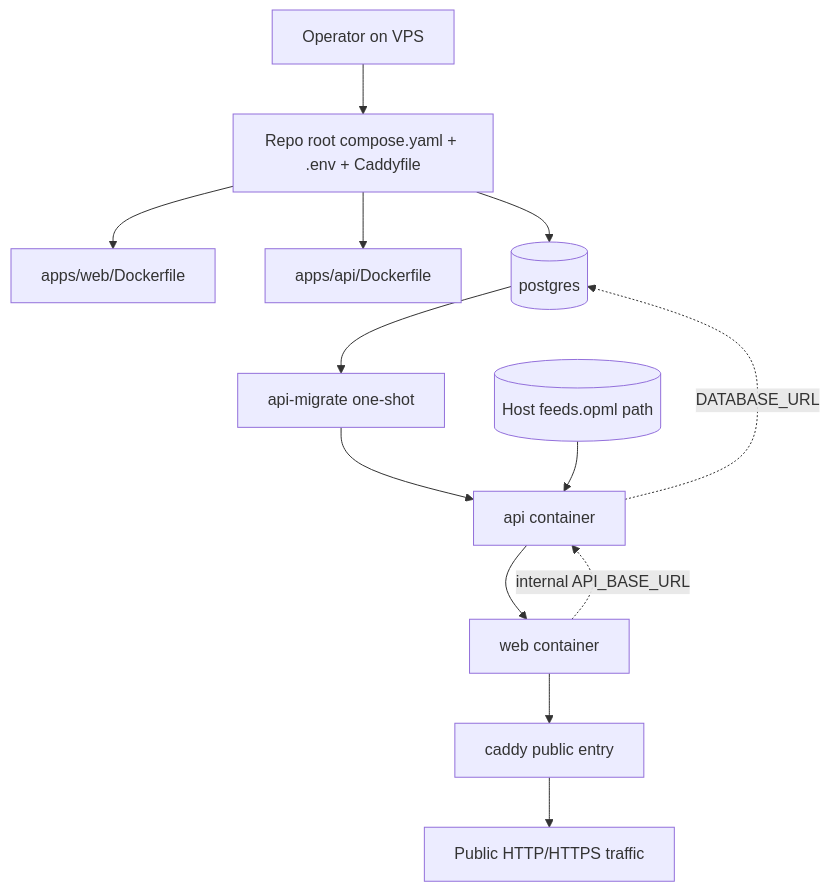
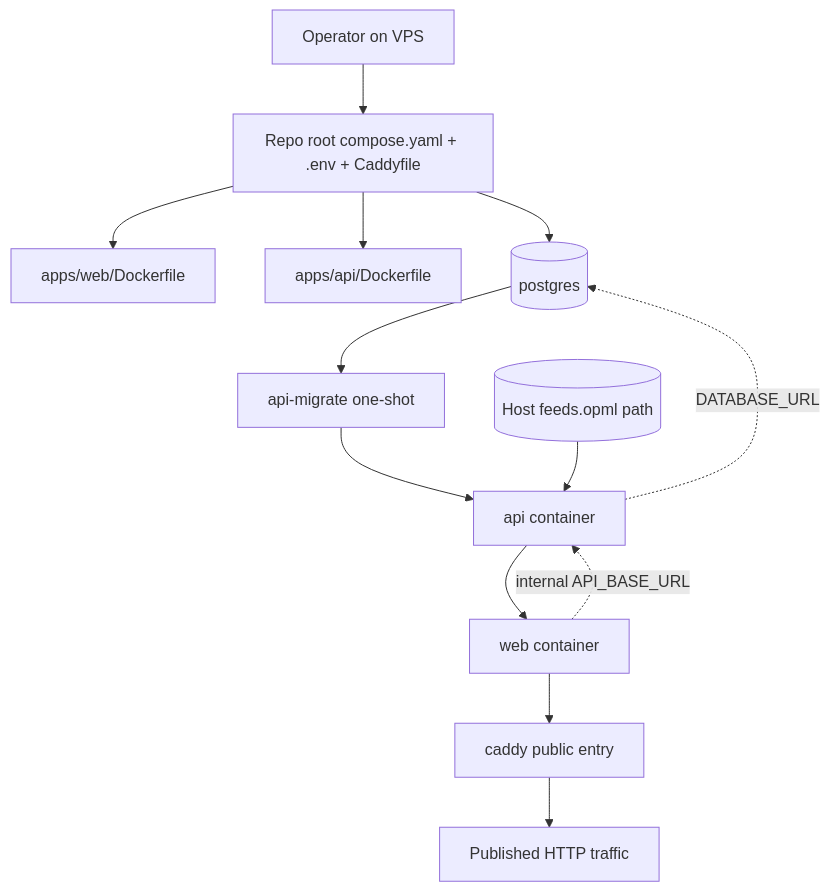
The first of 2 diagrams in docs/en/plans/2026-04-21-001-feat-docker-images-vps-compose-plan.md (sommio/RSSift), drawn with Mermaid before and after one commit. The commit also changed other lines of this file and 7 other files, not shown here.

````diff
--- a/docs/en/plans/2026-04-21-001-feat-docker-images-vps-compose-plan.md
+++ b/docs/en/plans/2026-04-21-001-feat-docker-images-vps-compose-plan.md
@@ -133,26 +133,26 @@
 ```mermaid
 flowchart TB
     Operator[Operator on VPS]
     Root[Repo root compose.yaml + .env + Caddyfile]
     WebImage[apps/web/Dockerfile]
     ApiImage[apps/api/Dockerfile]
     Postgres[(postgres)]
     Migrate[api-migrate one-shot]
     Api[api container]
     Web[web container]
     Caddy[caddy public entry]
     Opml[(Host feeds.opml path)]
 
     Operator --> Root
     Root --> WebImage
     Root --> ApiImage
     Root --> Postgres
     Postgres --> Migrate
     Migrate --> Api
     Api --> Web
     Web --> Caddy
     Opml --> Api
-    Caddy --> Internet[Public HTTP/HTTPS traffic]
+    Caddy --> Internet[Published HTTP traffic]
     Web -. internal API_BASE_URL .-> Api
     Api -. DATABASE_URL .-> Postgres
 ```
````
